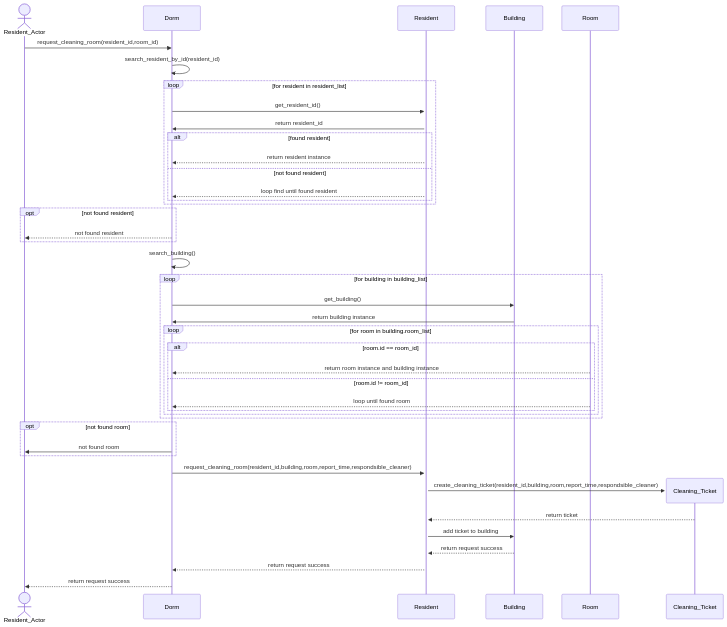
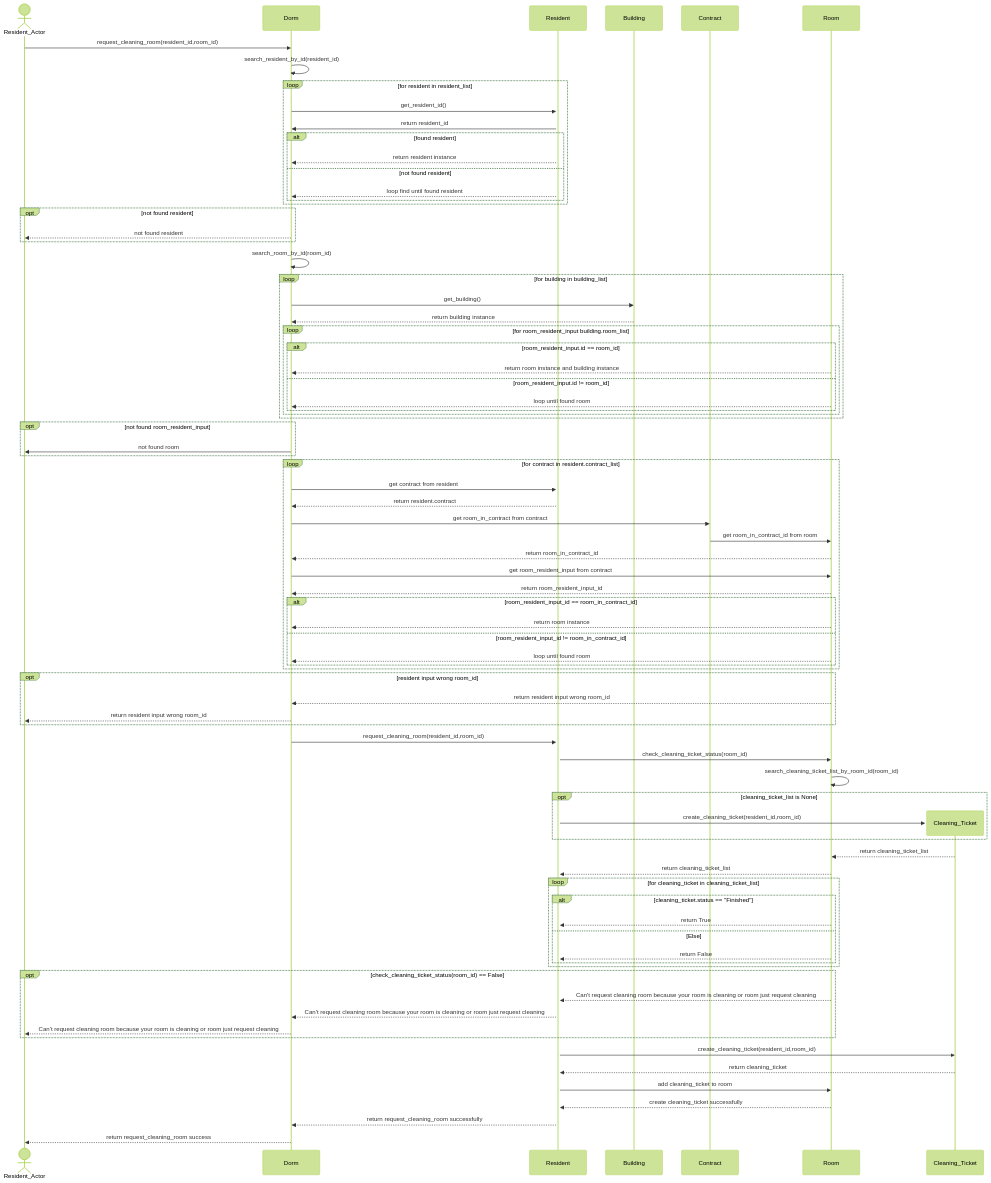
One commit to rnjjkk/Ducky-Dicka changed the diagram in sequence/request_cleaning_room/request_cleaning_room.mmd. Above: the diagram before and after it, drawn with Mermaid.

Commit message:
edit sequence diagram

```diff
--- a/sequence/request_cleaning_room/request_cleaning_room.mmd
+++ b/sequence/request_cleaning_room/request_cleaning_room.mmd
@@ -1,53 +1,97 @@
+%%{init: {"theme": "forest"}}%%
 sequenceDiagram
     %% participant
     actor resAc as Resident_Actor
     participant d as Dorm
     participant res as Resident
     participant b as Building
+    participant con as Contract 
     participant room as Room
 
     resAc ->> d:request_cleaning_room(resident_id,room_id)
     d ->> d:search_resident_by_id(resident_id)
     loop for resident in resident_list
         d ->> +res:get_resident_id()
         res ->> d:return resident_id
 
         alt found resident
             res -->> d:return resident instance
         else not found resident
             res -->> d:loop find until found resident
         end
     end
 
     opt not found resident
         d -->> resAc:not found resident
     end
 
-    d ->> d:search_building()
+    d ->> d:search_room_by_id(room_id)
 
     loop for building in building_list
         d ->> b:get_building()
-        b ->> d:return building instance
+        b -->> d:return building instance
 
-        loop for room in building.room_list
+        loop for room_resident_input building.room_list
         
-            alt room.id == room_id
+            alt room_resident_input.id == room_id
                 room -->> d:return room instance and building instance
-            else room.id != room_id
+            else room_resident_input.id != room_id
                 room -->>d:loop until found room
             end
         end
     end
 
-    opt not found room
+    opt not found room_resident_input
         d ->> resAc:not found room
     end
 
-    d ->> res:request_cleaning_room(resident_id,building,room,report_time,respondsible_cleaner)
-    create participant ticket_req_c_r as Cleaning_Ticket
-    res ->> ticket_req_c_r:create_cleaning_ticket(resident_id,building,room,report_time,respondsible_cleaner)
-    ticket_req_c_r -->> res:return ticket 
-    res ->> b:add ticket to building
-    b -->> res:return request success
-    res -->> d:return request success
-    d -->> resAc:return request success
+    loop for contract in resident.contract_list
+        d ->> res:get contract from resident
+        res -->> d:return resident.contract
+        d ->> con:get room_in_contract from contract
+        con ->> room:get room_in_contract_id from room
+        room -->> d:return room_in_contract_id
+        d ->> room:get room_resident_input from contract
+        room -->> d:return room_resident_input_id
+        alt room_resident_input_id == room_in_contract_id
+            room -->> d:return room instance
+        else room_resident_input_id != room_in_contract_id
+            room -->> d:loop until found room
+        end
+    end
+
+    opt resident input wrong room_id
+            room -->> d:return resident input wrong room_id
+            d -->> resAc:return resident input wrong room_id
+    end
+    
+    d ->> res:request_cleaning_room(resident_id,room_id)
+    res ->> room:check_cleaning_ticket_status(room_id)
+    room ->> room:search_cleaning_ticket_list_by_room_id(room_id)
+    opt cleaning_ticket_list is None
+        create participant cleaning_ticket AS Cleaning_Ticket
+        res ->> cleaning_ticket:create_cleaning_ticket(resident_id,room_id)
+    end
+
+    cleaning_ticket -->> room:return cleaning_ticket_list
+    room -->> res:return cleaning_ticket_list
+    loop for cleaning_ticket in cleaning_ticket_list
+        alt cleaning_ticket.status == "Finished"
+           room -->> res:return True
+        else Else
+            room -->> res:return False
+        end
+    end
+
+    opt check_cleaning_ticket_status(room_id) == False
+        room -->> res:Can't request cleaning room because your room is cleaning or room just request cleaning
+        res -->> d:Can't request cleaning room because your room is cleaning or room just request cleaning
+        d -->> resAc:Can't request cleaning room because your room is cleaning or room just request cleaning
+    end
+
+    res ->> cleaning_ticket:create_cleaning_ticket(resident_id,room_id)
+    cleaning_ticket -->> res:return cleaning_ticket 
+    res ->> room:add cleaning_ticket to room
+    room -->> res:create cleaning_ticket successfully
+    res -->> d:return request_cleaning_room successfully
+    d -->> resAc:return request_cleaning_room success
```
